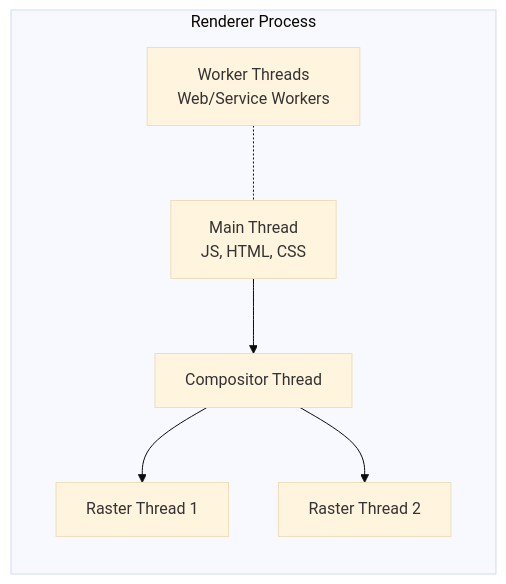
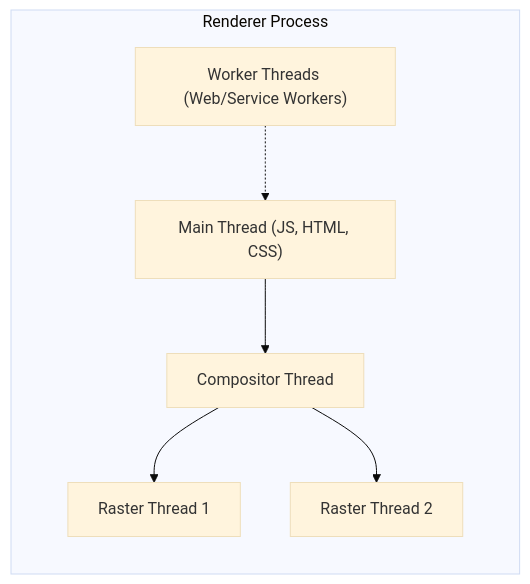
The fourth of 5 diagrams in programming/js/app/browser/chrome.md (yuqiii-wang/blogs), drawn with Mermaid (base theme) before and after one commit. The commit also changed other lines of this file and 52 other files, not shown here.

````diff
--- a/programming/js/app/browser/chrome.md
+++ b/programming/js/app/browser/chrome.md
@@ -33,9 +121,9 @@
 ```mermaid
 graph LR;
-    subgraph Renderer Process
-        MT[Main Thread <br> JS, HTML, CSS] --> CT[Compositor Thread]
-        CT --> RT1[Raster Thread 1]
-        CT --> RT2[Raster Thread 2]
-        WT[Worker Threads <br> Web/Service Workers] -.- MT
-    end
+    subgraph RP["Renderer Process"]
+        MT["Main Thread (JS, HTML, CSS)"] --> CT["Compositor Thread"];
+        CT --> RT1["Raster Thread 1"];
+        CT --> RT2["Raster Thread 2"];
+        WT["Worker Threads (Web/Service Workers)"] -.-> MT;
+    end;
 ```
````
